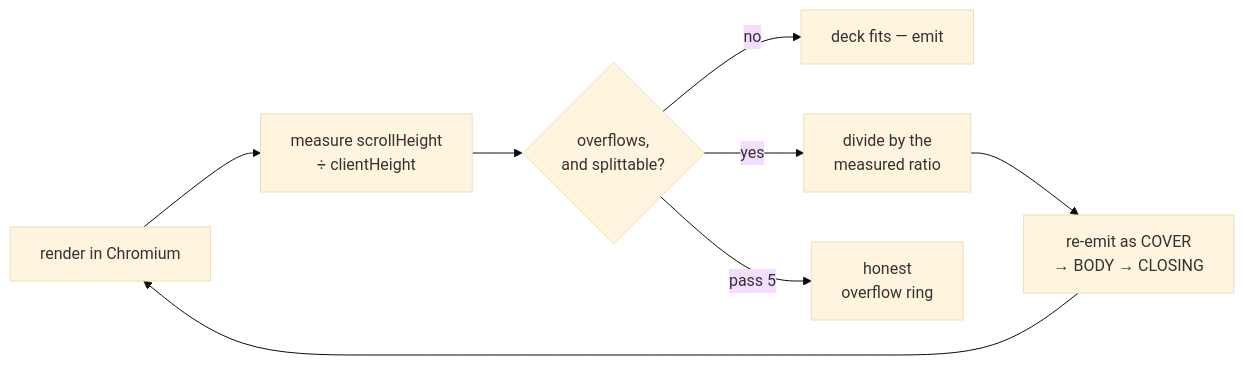
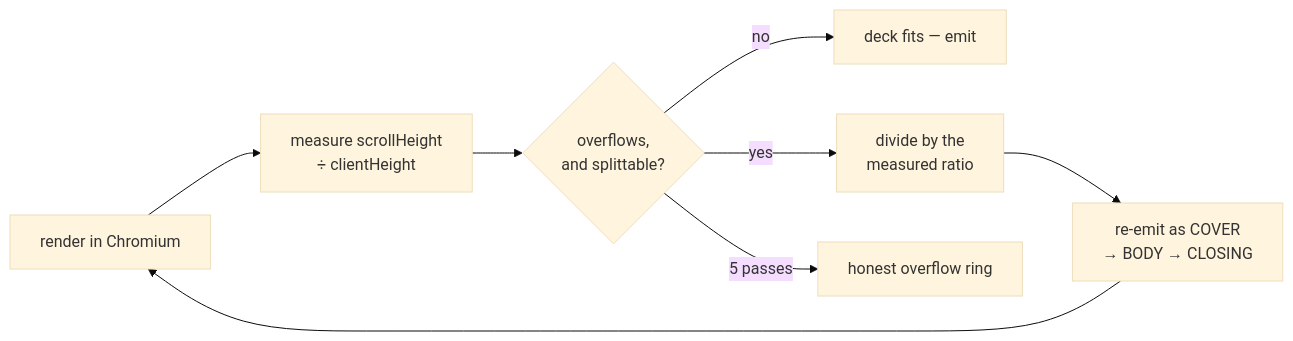
One commit to Laticent/lattice changed the second of 2 diagrams in examples/lattice-technical-assessment.md. Above: the diagram before and after it, drawn with Mermaid (base theme). The commit also changed other lines of this file and 1 other file, not shown here.

````diff
--- a/examples/lattice-technical-assessment.md
+++ b/examples/lattice-technical-assessment.md
@@ -214,10 +214,10 @@
 ```mermaid
 flowchart LR
   R["render in Chromium"] --> M["measure scrollHeight<br/>÷ clientHeight"]
   M --> Q{"overflows,<br/>and splittable?"}
   Q -->|"no"| DONE["deck fits — emit"]
   Q -->|"yes"| D["divide by the<br/>measured ratio"]
   D --> E["re-emit as COVER<br/>→ BODY → CLOSING"]
   E --> R
-  Q -->|"pass 5"| RING["honest<br/>overflow ring"]
+  Q -->|"5 passes"| RING["honest overflow ring"]
 ```
````
